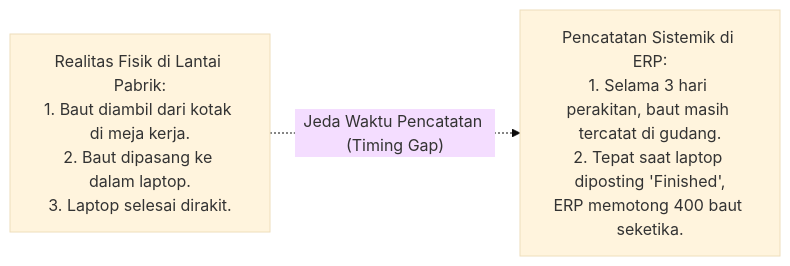
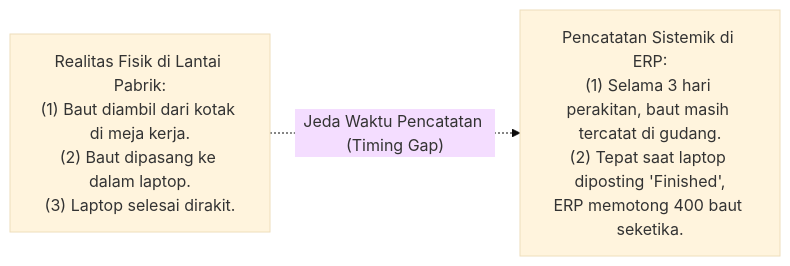
Before and after one commit to alimurrofid/erp-notes: the second of 2 diagrams in content/06-manufacturing/material-consumption-and-backflush.md, drawn with Mermaid (base theme). The commit also changed other lines of this file and 132 other files, not shown here.

````diff
--- a/content/06-manufacturing/material-consumption-and-backflush.md
+++ b/content/06-manufacturing/material-consumption-and-backflush.md
@@ -72,8 +72,8 @@
 ```mermaid
 flowchart LR
-    Phys["Realitas Fisik di Lantai Pabrik:<br/>1. Baut diambil dari kotak di meja kerja.<br/>2. Baut dipasang ke dalam laptop.<br/>3. Laptop selesai dirakit."]
+    Phys["Realitas Fisik di Lantai Pabrik:<br/>(1) Baut diambil dari kotak di meja kerja.<br/>(2) Baut dipasang ke dalam laptop.<br/>(3) Laptop selesai dirakit."]
     
-    Sys["Pencatatan Sistemik di ERP:<br/>1. Selama 3 hari perakitan, baut masih tercatat di gudang.<br/>2. Tepat saat laptop diposting 'Finished',<br/>ERP memotong 400 baut seketika."]
+    Sys["Pencatatan Sistemik di ERP:<br/>(1) Selama 3 hari perakitan, baut masih tercatat di gudang.<br/>(2) Tepat saat laptop diposting 'Finished',<br/>ERP memotong 400 baut seketika."]
     
     Phys -.->|"Jeda Waktu Pencatatan (Timing Gap)"| Sys
 ```
````
